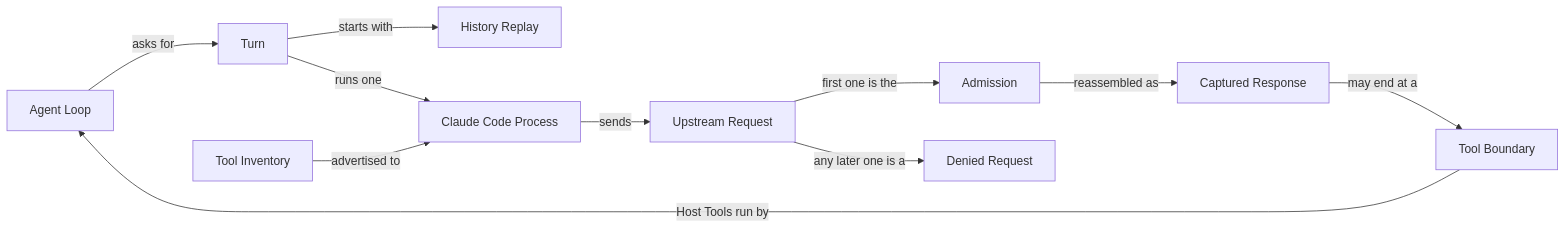
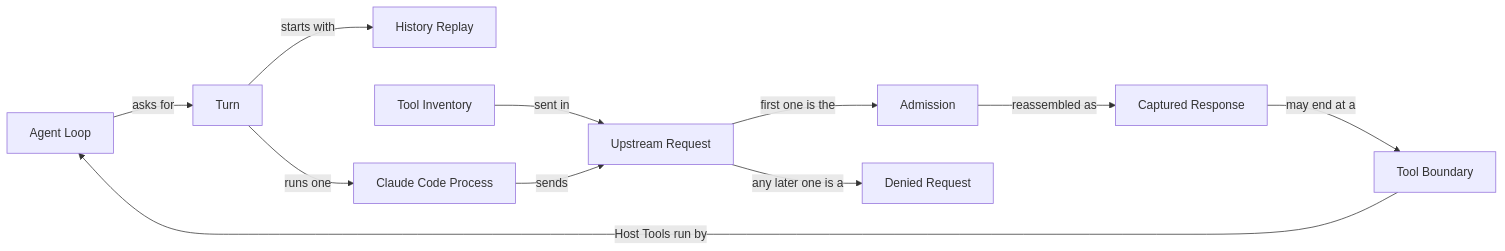
Before and after one commit to iurysza/pi-extensions: the first of 2 diagrams in ai-artifacts/packages/pi-claude-code/CONTEXT.md, drawn with Mermaid. The commit also changed other lines of this file and 3 other files, not shown here.

First line of the commit message:
docs(claude-code): record tool-inventory, long-context, and repository decisions

````diff
--- a/ai-artifacts/packages/pi-claude-code/CONTEXT.md
+++ b/ai-artifacts/packages/pi-claude-code/CONTEXT.md
@@ -7,13 +7,13 @@
 ```mermaid
 flowchart LR
   AgentLoop[Agent Loop] -->|asks for| Turn
   Turn -->|starts with| Replay[History Replay]
   Turn -->|runs one| Process[Claude Code Process]
-  Inventory[Tool Inventory] -->|advertised to| Process
+  Inventory[Tool Inventory] -->|sent in| Upstream
   Process -->|sends| Upstream[Upstream Request]
   Upstream -->|first one is the| Admission
   Upstream -->|any later one is a| Denied[Denied Request]
   Admission -->|reassembled as| Captured[Captured Response]
   Captured -->|may end at a| Boundary[Tool Boundary]
   Boundary -->|Host Tools run by| AgentLoop
 ```
````
